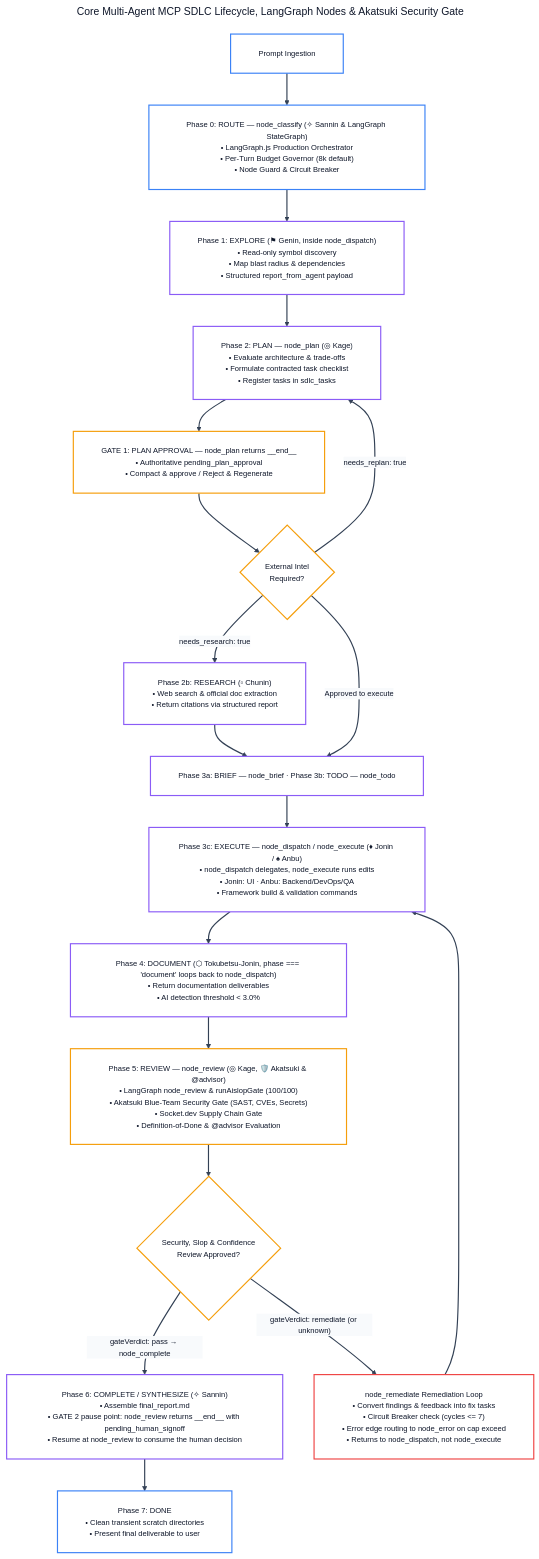
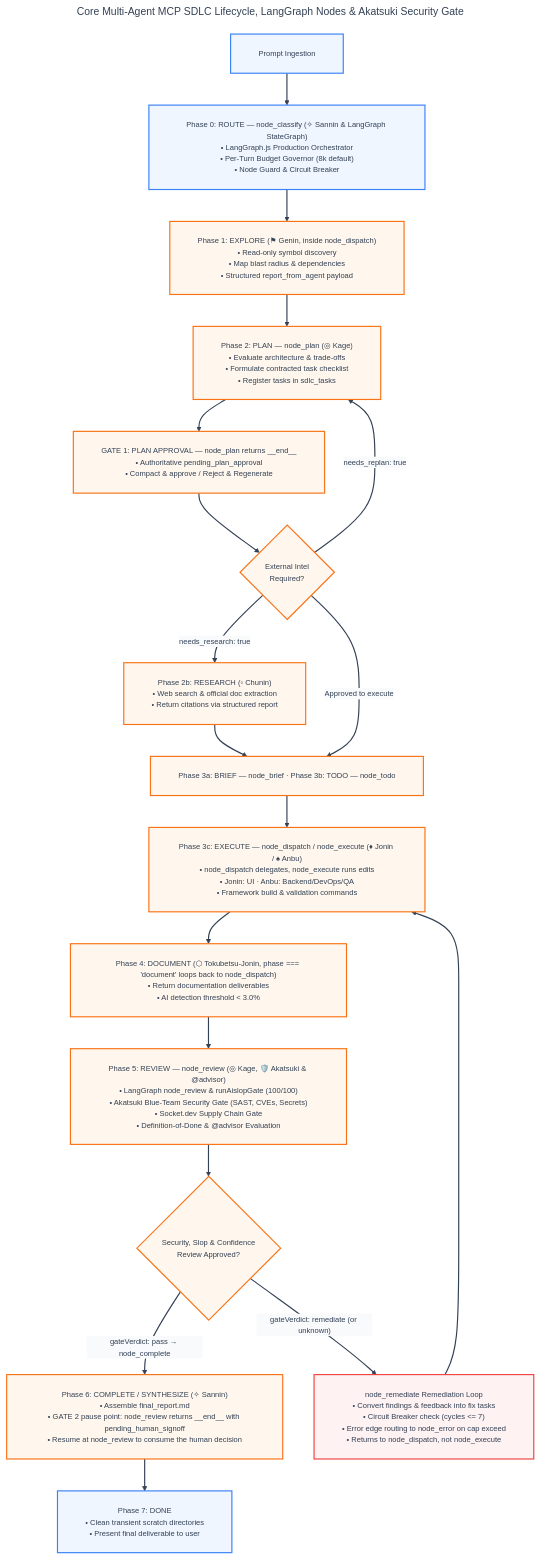
One commit to andycungkrinx91/konoha changed the second of 19 diagrams in docs/ALL-WORKFLOW-DIAGRAMS.md. Above: the diagram before and after it, drawn with Mermaid. The commit also changed other lines of this file and 136 other files, not shown here.

````diff
--- a/docs/ALL-WORKFLOW-DIAGRAMS.md
+++ b/docs/ALL-WORKFLOW-DIAGRAMS.md
@@ -117,60 +117,60 @@
 ```mermaid
 ---
 title: Core Multi-Agent MCP SDLC Lifecycle, LangGraph Nodes & Akatsuki Security Gate
 config:
   theme: base
   themeVariables:
     darkMode: false
     background: '#ffffff'
-    mainBkg: '#ffffff'
-    primaryColor: '#ffffff'
-    primaryTextColor: '#0f172a'
-    primaryBorderColor: '#8b5cf6'
+    mainBkg: '#eff6ff'
+    primaryColor: '#eff6ff'
+    primaryTextColor: '#334155'
+    primaryBorderColor: '#3b82f6'
     lineColor: '#334155'
     arrowheadColor: '#334155'
     secondaryColor: '#f8fafc'
-    tertiaryColor: '#ffffff'
+    tertiaryColor: '#f0fdf4'
     fontFamily: 'Inter, system-ui, -apple-system, sans-serif'
     fontSize: '13px'
   flowchart:
     nodeSpacing: 45
     rankSpacing: 55
     padding: 24
     wrappingWidth: 380
 ---
 flowchart TD
     Init["Prompt Ingestion"] --> Phase0["Phase 0: ROUTE — node_classify (✧ Sannin &amp; LangGraph StateGraph)<br/>• LangGraph.js Production Orchestrator<br/>• Per-Turn Budget Governor (8k default)<br/>• Node Guard &amp; Circuit Breaker"]
     Phase0 --> Phase1["Phase 1: EXPLORE (⚑ Genin, inside node_dispatch)<br/>• Read-only symbol discovery<br/>• Map blast radius &amp; dependencies<br/>• Structured report_from_agent payload"]
     Phase1 --> Phase2["Phase 2: PLAN — node_plan (◎ Kage)<br/>• Evaluate architecture &amp; trade-offs<br/>• Formulate contracted task checklist<br/>• Register tasks in sdlc_tasks"]
 
     Phase2 --> Gate1["GATE 1: PLAN APPROVAL — node_plan returns __end__<br/>• Authoritative pending_plan_approval<br/>• Compact &amp; approve / Reject &amp; Regenerate"]
     Gate1 --> CheckResearch{"External Intel<br/>Required?"}
     CheckResearch -- "needs_research: true" --> Phase2b["Phase 2b: RESEARCH (▫ Chunin)<br/>• Web search &amp; official doc extraction<br/>• Return citations via structured report"]
     Phase2b --> Gate2A["Phase 3a: BRIEF — node_brief · Phase 3b: TODO — node_todo"]
     CheckResearch -- "needs_replan: true" --> Phase2
     CheckResearch -- "Approved to execute" --> Gate2A
     Gate2A --> Phase3["Phase 3c: EXECUTE — node_dispatch / node_execute (♦ Jonin / ♠ Anbu)<br/>• node_dispatch delegates, node_execute runs edits<br/>• Jonin: UI · Anbu: Backend/DevOps/QA<br/>• Framework build &amp; validation commands"]
 
     Phase3 --> Phase4["Phase 4: DOCUMENT (⬡ Tokubetsu-Jonin, phase === 'document' loops back to node_dispatch)<br/>• Return documentation deliverables<br/>• AI detection threshold &lt; 3.0%"]
     Phase4 --> Phase5["Phase 5: REVIEW — node_review (◎ Kage, 🛡️ Akatsuki &amp; @advisor)<br/>• LangGraph node_review &amp; runAislopGate (100/100)<br/>• Akatsuki Blue-Team Security Gate (SAST, CVEs, Secrets)<br/>• Socket.dev Supply Chain Gate<br/>• Definition-of-Done &amp; @advisor Evaluation"]
 
     Phase5 --> CheckReview{"Security, Slop &amp; Confidence<br/>Review Approved?"}
     CheckReview -- "gateVerdict: pass → node_complete" --> Phase6["Phase 6: COMPLETE / SYNTHESIZE (✧ Sannin)<br/>• Assemble final_report.md<br/>• GATE 2 pause point: node_review returns __end__ with pending_human_signoff<br/>• Resume at node_review to consume the human decision"]
     Phase6 --> Phase7["Phase 7: DONE<br/>• Clean transient scratch directories<br/>• Present final deliverable to user"]
 
     CheckReview -- "gateVerdict: remediate (or unknown)" --> Remediation["node_remediate Remediation Loop<br/>• Convert findings &amp; feedback into fix tasks<br/>• Circuit Breaker check (cycles &lt;= 7)<br/>• Error edge routing to node_error on cap exceed<br/>• Returns to node_dispatch, not node_execute"]
     Remediation --> Phase3
 
     linkStyle default stroke:#334155,stroke-width:2px;
 
-    classDef routeNode fill:#ffffff,stroke:#3b82f6,color:#0f172a,stroke-width:2px;
-    classDef executeNode fill:#ffffff,stroke:#8b5cf6,color:#0f172a,stroke-width:2px;
-    classDef reviewNode fill:#ffffff,stroke:#f59e0b,color:#0f172a,stroke-width:2px;
-    classDef failNode fill:#ffffff,stroke:#ef4444,color:#0f172a,stroke-width:2px;
-    classDef passNode fill:#ffffff,stroke:#10b981,color:#0f172a,stroke-width:2px;
+    classDef routeNode fill:#eff6ff,stroke:#3b82f6,color:#334155,stroke-width:2px;
+    classDef executeNode fill:#fff7ed,stroke:#f97316,color:#334155,stroke-width:2px;
+    classDef reviewNode fill:#fff7ed,stroke:#f97316,color:#334155,stroke-width:2px;
+    classDef failNode fill:#fef2f2,stroke:#ef4444,color:#334155,stroke-width:2px;
+    classDef passNode fill:#f0fdf4,stroke:#10b981,color:#334155,stroke-width:2px;
 
     class Init,Phase0,Phase7 routeNode;
     class Phase1,Phase2,Phase2b,Gate2A,Phase3,Phase4,Phase6 executeNode;
     class Phase5,CheckReview,CheckResearch,Gate1 reviewNode;
     class Remediation failNode;
 ```
````
